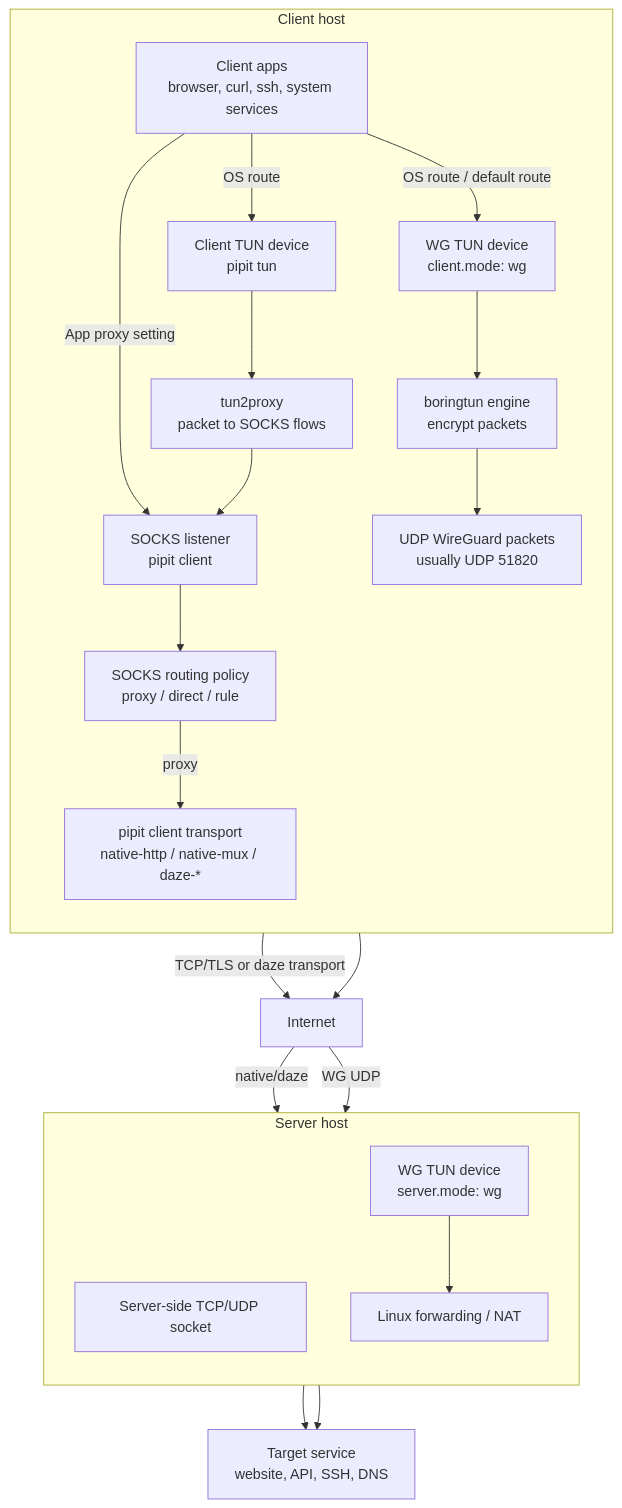
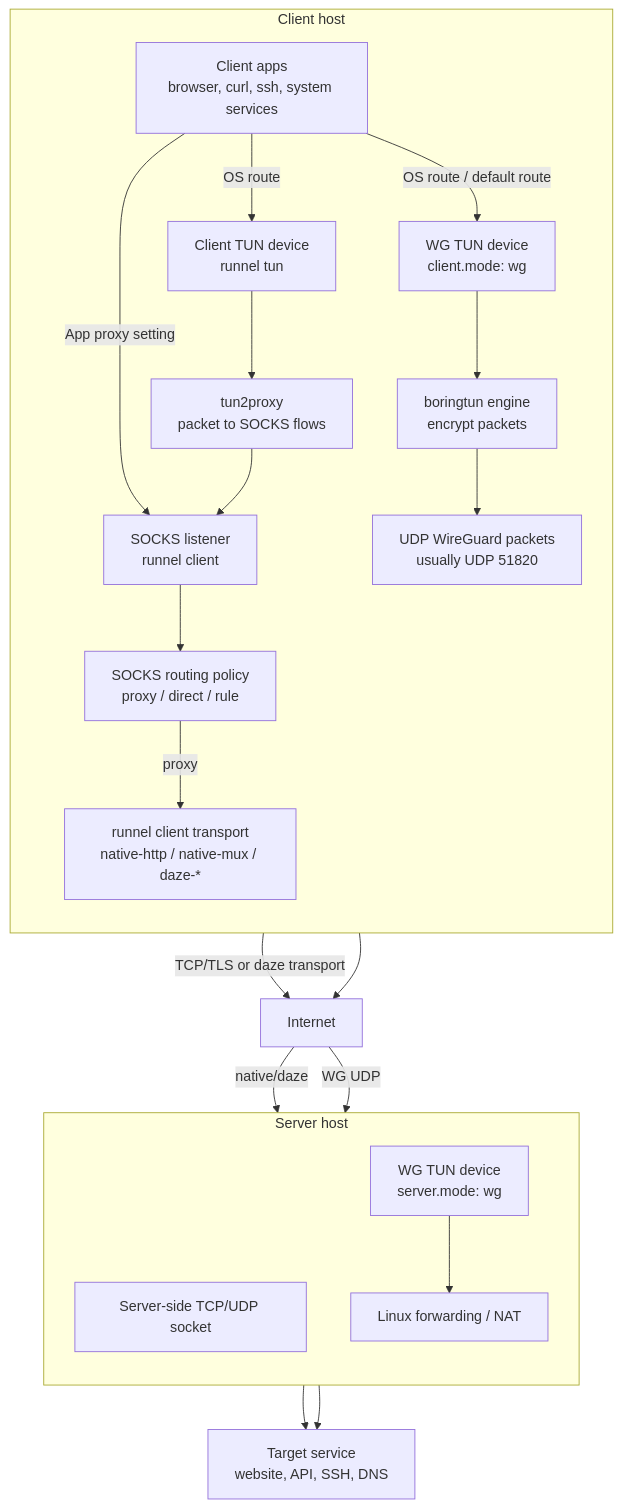
Before and after one commit to chenyukang/runnel: the diagram in README.md, drawn with Mermaid. The commit also changed other lines of this file and 35 other files, not shown here.

````diff
--- a/README.md
+++ b/README.md
@@ -50,34 +50,34 @@
 ```mermaid
 flowchart TD
     App["Client apps<br/>browser, curl, ssh, system services"]
 
     subgraph ClientHost["Client host"]
         direction TB
-        App -->|"App proxy setting"| Socks["SOCKS listener<br/>pipit client"]
-        App -->|"OS route"| ClientTun["Client TUN device<br/>pipit tun"]
+        App -->|"App proxy setting"| Socks["SOCKS listener<br/>runnel client"]
+        App -->|"OS route"| ClientTun["Client TUN device<br/>runnel tun"]
         App -->|"OS route / default route"| WgTun["WG TUN device<br/>client.mode: wg"]
 
         ClientTun --> Tun2Proxy["tun2proxy<br/>packet to SOCKS flows"]
         Tun2Proxy --> Socks
         Socks --> Policy["SOCKS routing policy<br/>proxy / direct / rule"]
-        Policy -->|"proxy"| ClientTransport["pipit client transport<br/>native-http / native-mux / daze-*"]
+        Policy -->|"proxy"| ClientTransport["runnel client transport<br/>native-http / native-mux / daze-*"]
 
         WgTun --> BoringTunClient["boringtun engine<br/>encrypt packets"]
         BoringTunClient --> WgUdp["UDP WireGuard packets<br/>usually UDP 51820"]
     end
 
     ClientTransport -->|"TCP/TLS or daze transport"| Internet["Internet"]
     WgUdp --> Internet
     Internet -->|"native/daze"| ServerSocket
     Internet -->|"WG UDP"| ServerTun
 
     subgraph ServerHost["Server host"]
         direction TB
         ServerSocket["Server-side TCP/UDP socket"]
         ServerTun["WG TUN device<br/>server.mode: wg"]
         ServerTun --> ForwardNat["Linux forwarding / NAT"]
     end
 
     ServerSocket --> Target["Target service<br/>website, API, SSH, DNS"]
     ForwardNat --> Target
 ```
````
